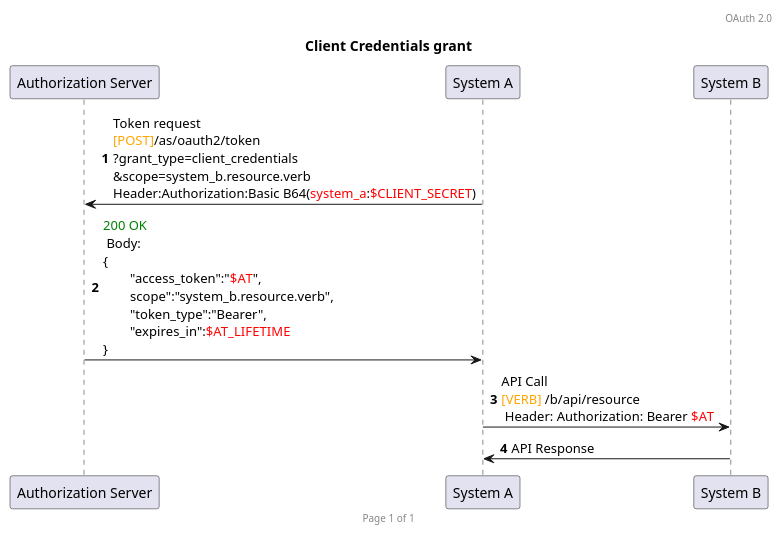
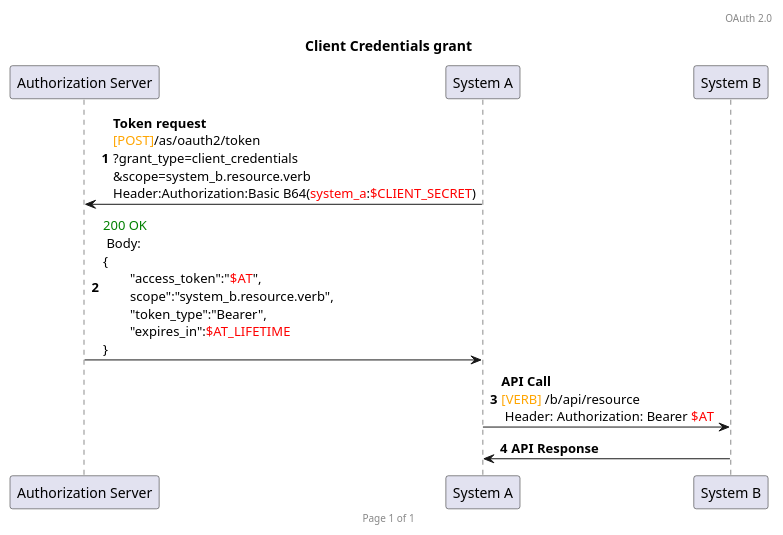
The diagram in plantuml/oauth2/client_credentials.plantuml (HenriLefevrePro/Articles), drawn with PlantUML before and after one commit.

```diff
--- a/plantuml/oauth2/client_credentials.plantuml
+++ b/plantuml/oauth2/client_credentials.plantuml
@@ -1,18 +1,18 @@
 @startuml
 
 header OAuth 2.0
 footer Page %page% of %lastpage%
 
 title Client Credentials grant
 autonumber
 
 participant Auth as "Authorization Server"
 participant A as "System A"
 participant B as "System B"
 
-A -> Auth : Token request\n<font color=orange>[POST]</font>/as/oauth2/token\n?grant_type=client_credentials\n&scope=system_b.resource.verb\nHeader:Authorization:Basic B64(<font color=red>system_a</font>:<font color=red>$CLIENT_SECRET</font>)
+A -> Auth : <b>Token request</b>\n<font color=orange>[POST]</font>/as/oauth2/token\n?grant_type=client_credentials\n&scope=system_b.resource.verb\nHeader:Authorization:Basic B64(<font color=red>system_a</font>:<font color=red>$CLIENT_SECRET</font>)
 Auth -> A : <font color=green>200 OK</font> \n Body: \n{\n\t"access_token":"<font color=red>$AT</font>",\n\tscope":"system_b.resource.verb",\n\t"token_type":"Bearer",\n\t"expires_in":<font color=red>$AT_LIFETIME</font>\n}
 
-A -> B : API Call \n<font color=orange>[VERB]</font> /b/api/resource\n Header: Authorization: Bearer <font color=red>$AT</font>
-B -> A : API Response
+A -> B : <b>API Call</b> \n<font color=orange>[VERB]</font> /b/api/resource\n Header: Authorization: Bearer <font color=red>$AT</font>
+B -> A : <b>API Response</b>
 @enduml
```
